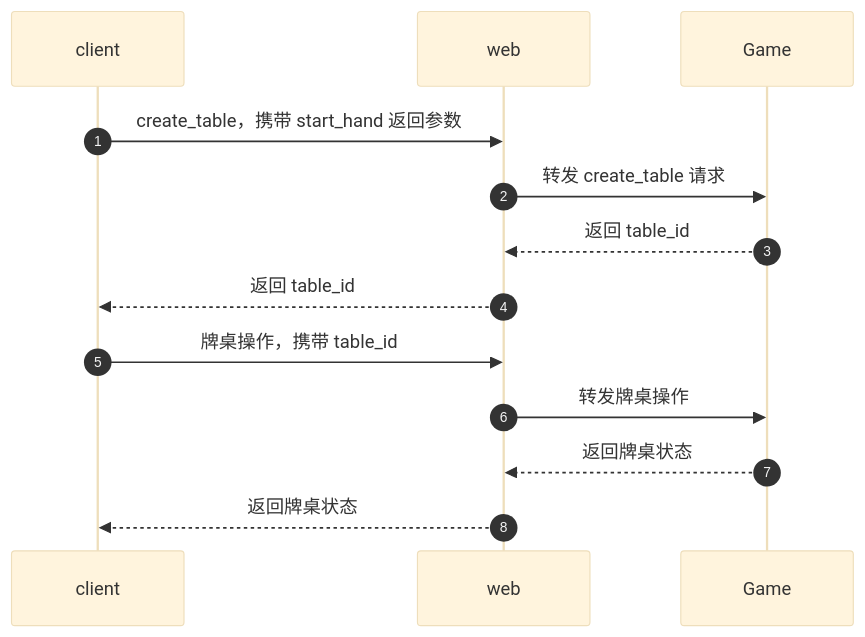
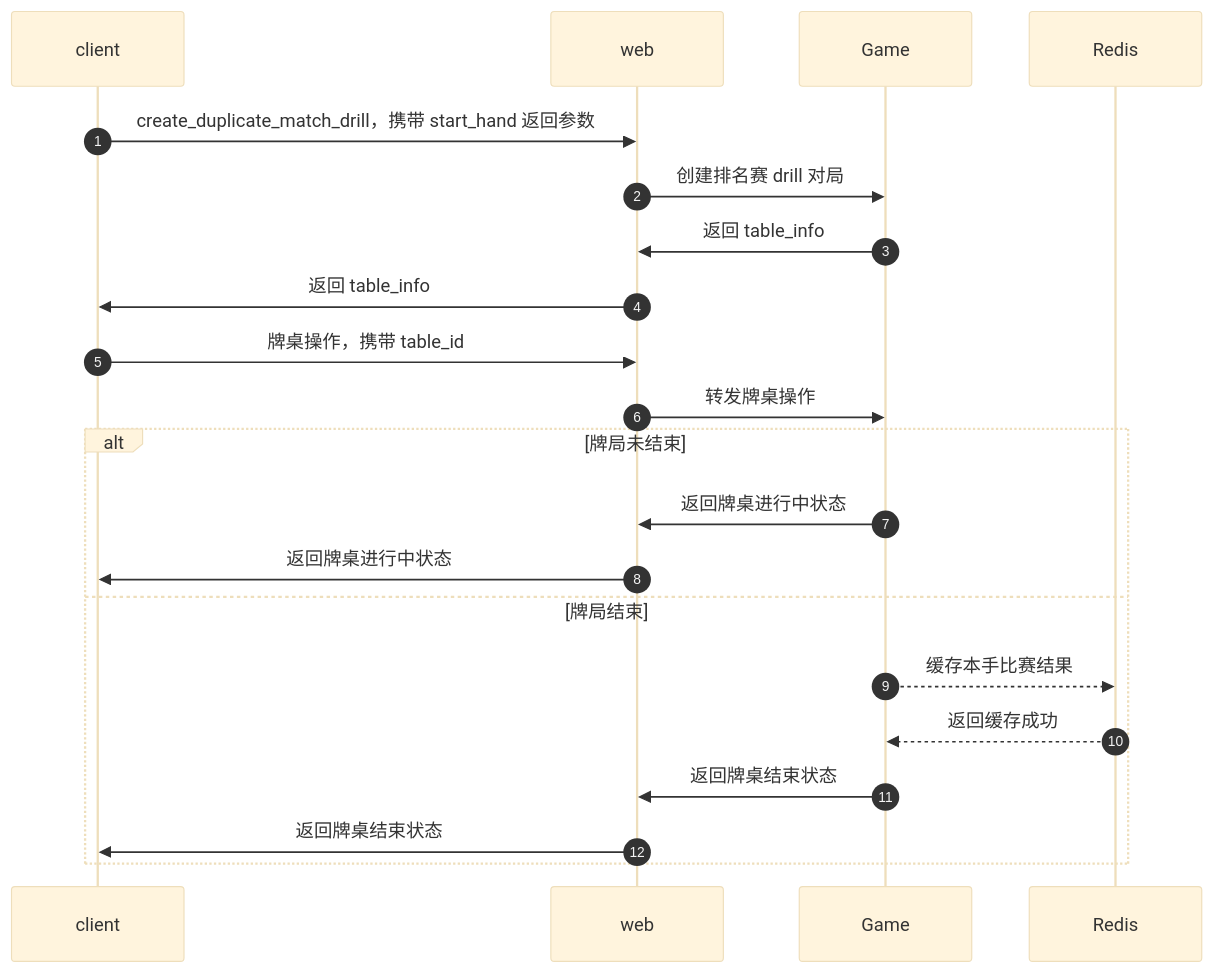
One commit to zdl20251023-pixel/agent-frame changed the seventh of 23 diagrams in docs/复述扑克/评审02/02-设计文档.md. Above: the diagram before and after it, drawn with Mermaid (base theme). The commit also changed other lines of this file and 1 other file, not shown here.

````diff
--- a/docs/复述扑克/评审02/02-设计文档.md
+++ b/docs/复述扑克/评审02/02-设计文档.md
@@ -345,17 +369,26 @@
 ```mermaid
 sequenceDiagram
     autonumber
     participant client
     participant web
     participant Game
+    participant Redis
 
-    client->>web: create_table，携带 start_hand 返回参数
-    web->>Game: 转发 create_table 请求
-    Game-->>web: 返回 table_id
-    web-->>client: 返回 table_id
+    client->>web: create_duplicate_match_drill，携带 start_hand 返回参数
+    web->>Game: 创建排名赛 drill 对局
+    Game->>web: 返回 table_info
+    web->>client: 返回 table_info
 
     client->>web: 牌桌操作，携带 table_id
     web->>Game: 转发牌桌操作
-    Game-->>web: 返回牌桌状态
-    web-->>client: 返回牌桌状态
+
+    alt 牌局未结束
+        Game->>web: 返回牌桌进行中状态
+        web->>client: 返回牌桌进行中状态
+    else 牌局结束
+        Game-->>Redis: 缓存本手比赛结果
+        Redis-->>Game: 返回缓存成功
+        Game->>web: 返回牌桌结束状态
+        web->>client: 返回牌桌结束状态
+    end
 ```
````
